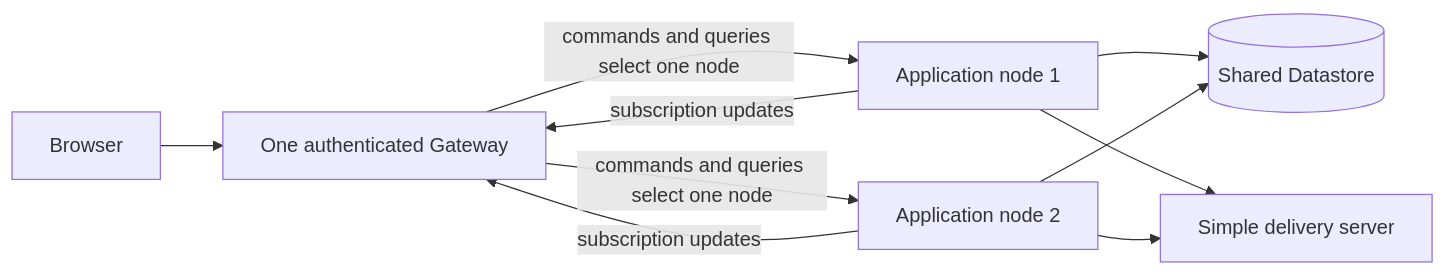
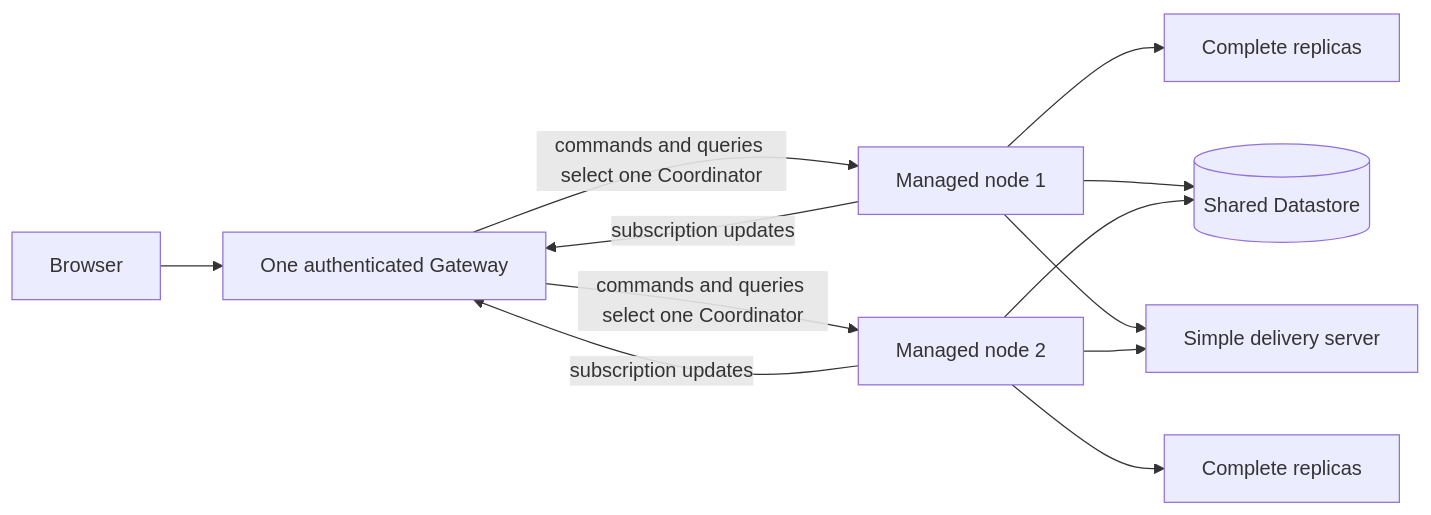
One commit to SpineEventEngine/spine-ts changed the diagram in examples/distributed-message-board/README.md. Above: the diagram before and after it, drawn with Mermaid. The commit also changed other lines of this file and 21 other files, not shown here.

Commit message:
feat(examples): configure managed replica deployments

````diff
--- a/examples/distributed-message-board/README.md
+++ b/examples/distributed-message-board/README.md
@@ -7,12 +7,14 @@
 ```mermaid
 flowchart LR
   Browser --> Gateway[One authenticated Gateway]
-  Gateway -->|commands and queries select one node| AppOne[Application node 1]
-  Gateway -->|commands and queries select one node| AppTwo[Application node 2]
+  Gateway -->|commands and queries select one Coordinator| AppOne[Managed node 1]
+  Gateway -->|commands and queries select one Coordinator| AppTwo[Managed node 2]
+  AppOne --> ReplicaOne[Complete replicas]
+  AppTwo --> ReplicaTwo[Complete replicas]
   AppOne --> Store[(Shared Datastore)]
   AppTwo --> Store
   AppOne --> Delivery[Simple delivery server]
   AppTwo --> Delivery
   AppOne -->|subscription updates| Gateway
   AppTwo -->|subscription updates| Gateway
 ```
````
